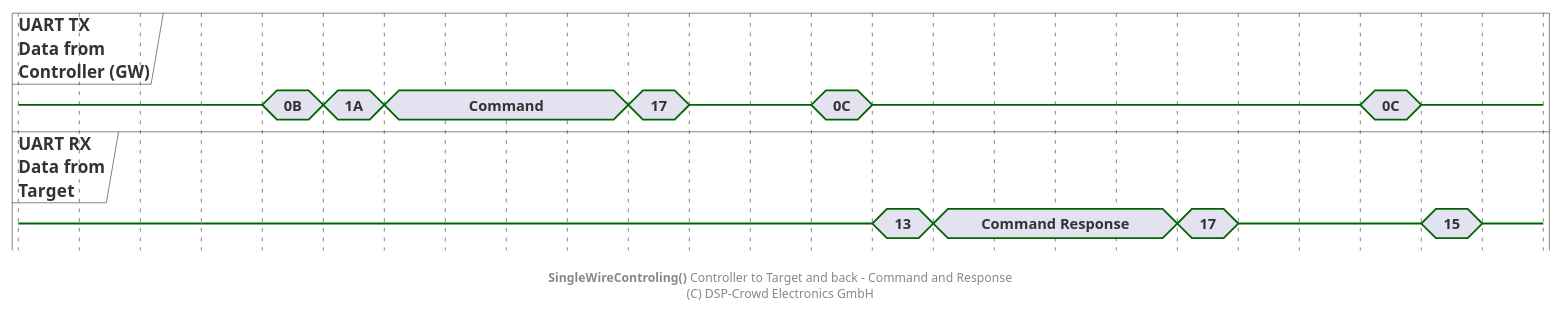
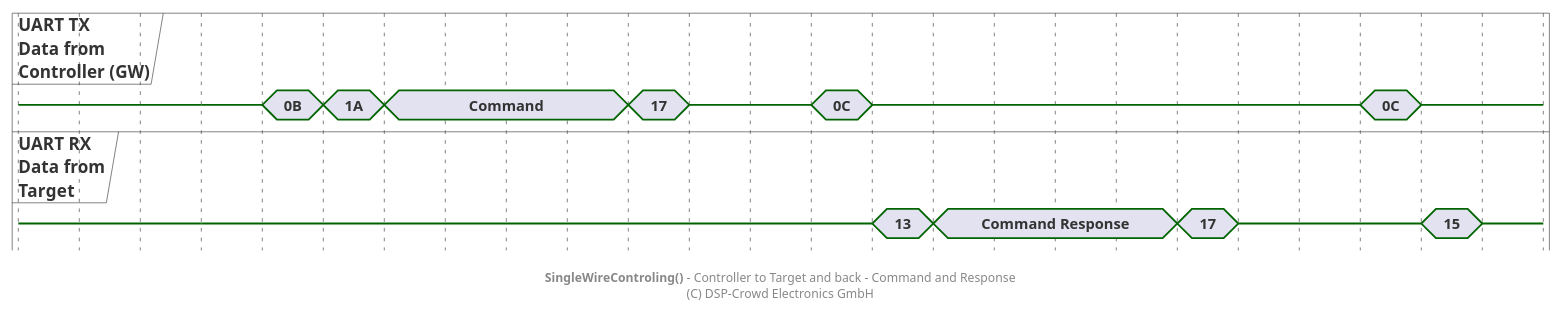
Before and after one commit to NoOrientationProgramming/code-orb: the diagram in doc/system/protocol/B1_swt-ctrl-to-target_cmd_cmd-resp.pu, drawn with PlantUML. The commit also changed 15 other files, not shown here.

```diff
--- a/doc/system/protocol/B1_swt-ctrl-to-target_cmd_cmd-resp.pu
+++ b/doc/system/protocol/B1_swt-ctrl-to-target_cmd_cmd-resp.pu
@@ -2,59 +2,59 @@
 @startuml
 
 hide time-axis
 
 concise "UART TX\nData from\nController (GW)" as ctrl
 concise "UART RX\nData from\nTarget" as tar
 
 @0
 ctrl is {-}
 tar is {-}
 
 @+60
 ctrl is {-}
 tar is {-}
 
 @+20
 ctrl is "0B"
 
 @+20
 ctrl is "1A"
 
 @+20
 ctrl is "Command"
 
 @+80
 ctrl is "17"
 
 @+20
 ctrl is {-}
 
 @+40
 ctrl is "0C"
 
 @+20
 ctrl is {-}
 tar is "13"
 
 @+20
 tar is "Command Response"
 
 @+80
 tar is "17"
 
 @+20
 tar is {-}
 
 @+40
 ctrl is "0C"
 
 @+20
 ctrl is {-}
 tar is "15"
 
 @+20
 tar is {-}
 
-footer **SingleWireControling()** Controller to Target and back - Command and Response\n(C) DSP-Crowd Electronics GmbH
+footer **SingleWireControling()** - Controller to Target and back - Command and Response\n(C) DSP-Crowd Electronics GmbH
 
 @enduml
```
